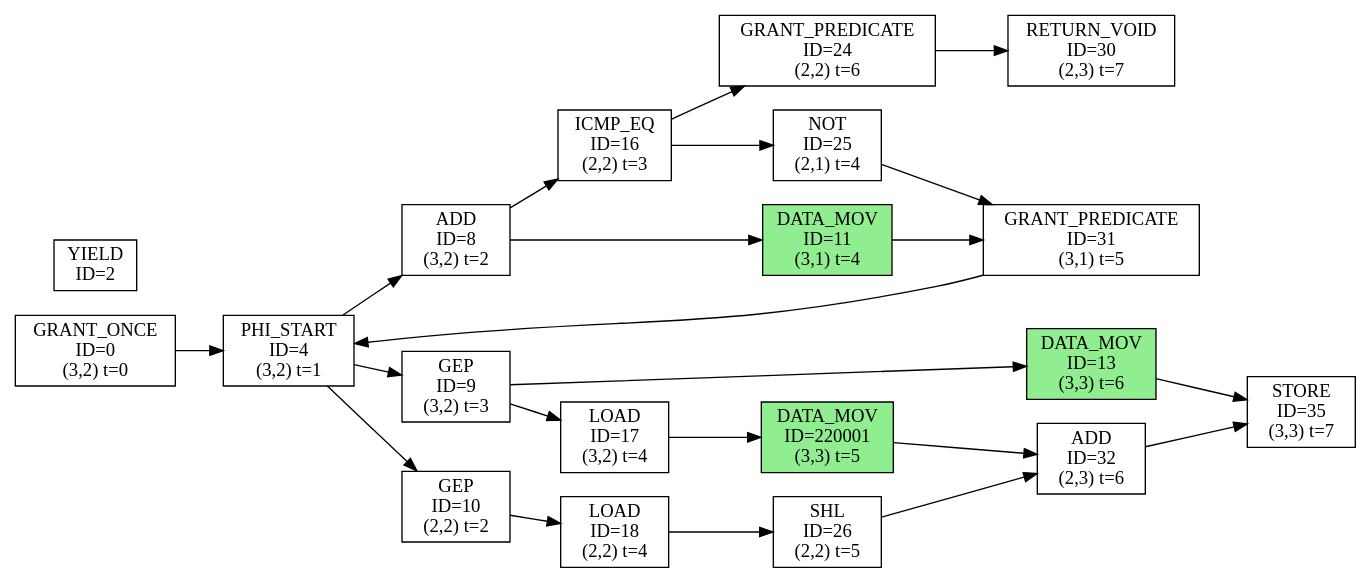
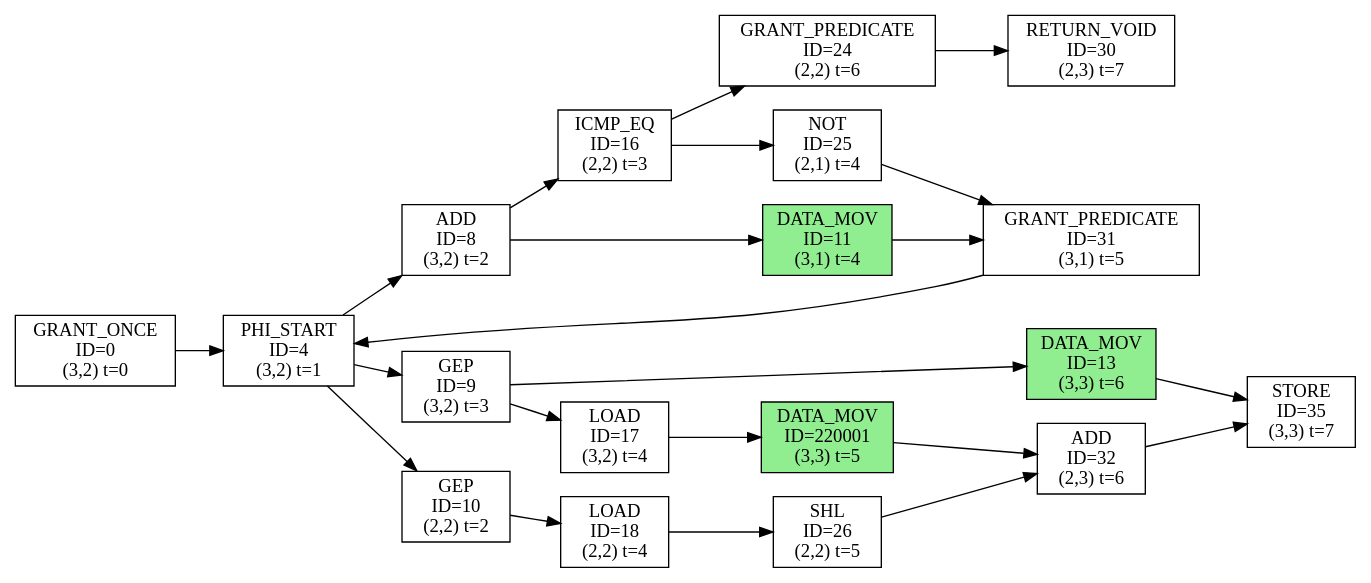
The diagram in kernel/axpy/axpy-dfg.dot (sarchlab/Zeonica_Testbench), drawn with Graphviz before and after one commit. The commit also changed 1 other file, not shown here.

```diff
--- a/kernel/axpy/axpy-dfg.dot
+++ b/kernel/axpy/axpy-dfg.dot
@@ -1,44 +1,43 @@
 digraph DFG {
   rankdir=LR;
   node [shape=box, style=filled];
   n0 [label="GRANT_ONCE\nID=0\n(3,2) t=0", fillcolor=white];
-  n2 [label="YIELD\nID=2", fillcolor=white];
   n4 [label="PHI_START\nID=4\n(3,2) t=1", fillcolor=white];
   n8 [label="ADD\nID=8\n(3,2) t=2", fillcolor=white];
   n9 [label="GEP\nID=9\n(3,2) t=3", fillcolor=white];
   n10 [label="GEP\nID=10\n(2,2) t=2", fillcolor=white];
   n11 [label="DATA_MOV\nID=11\n(3,1) t=4", fillcolor=lightgreen];
   n13 [label="DATA_MOV\nID=13\n(3,3) t=6", fillcolor=lightgreen];
   n16 [label="ICMP_EQ\nID=16\n(2,2) t=3", fillcolor=white];
   n17 [label="LOAD\nID=17\n(3,2) t=4", fillcolor=white];
   n18 [label="LOAD\nID=18\n(2,2) t=4", fillcolor=white];
   n24 [label="GRANT_PREDICATE\nID=24\n(2,2) t=6", fillcolor=white];
   n25 [label="NOT\nID=25\n(2,1) t=4", fillcolor=white];
   n26 [label="SHL\nID=26\n(2,2) t=5", fillcolor=white];
   n30 [label="RETURN_VOID\nID=30\n(2,3) t=7", fillcolor=white];
   n31 [label="GRANT_PREDICATE\nID=31\n(3,1) t=5", fillcolor=white];
   n32 [label="ADD\nID=32\n(2,3) t=6", fillcolor=white];
   n35 [label="STORE\nID=35\n(3,3) t=7", fillcolor=white];
   n220001 [label="DATA_MOV\nID=220001\n(3,3) t=5", fillcolor=lightgreen];
   n9 -> n13;
   n13 -> n35;
   n8 -> n11;
   n11 -> n31;
   n17 -> n220001;
   n31 -> n4;
   n26 -> n32;
   n25 -> n31;
   n0 -> n4;
   n32 -> n35;
   n4 -> n8;
   n4 -> n9;
   n16 -> n24;
   n4 -> n10;
   n8 -> n16;
   n9 -> n17;
   n24 -> n30;
   n10 -> n18;
   n16 -> n25;
   n220001 -> n32;
   n18 -> n26;
 }
```
